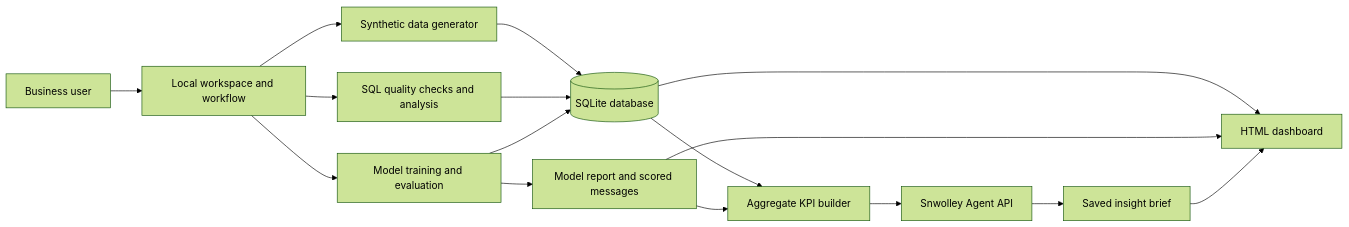
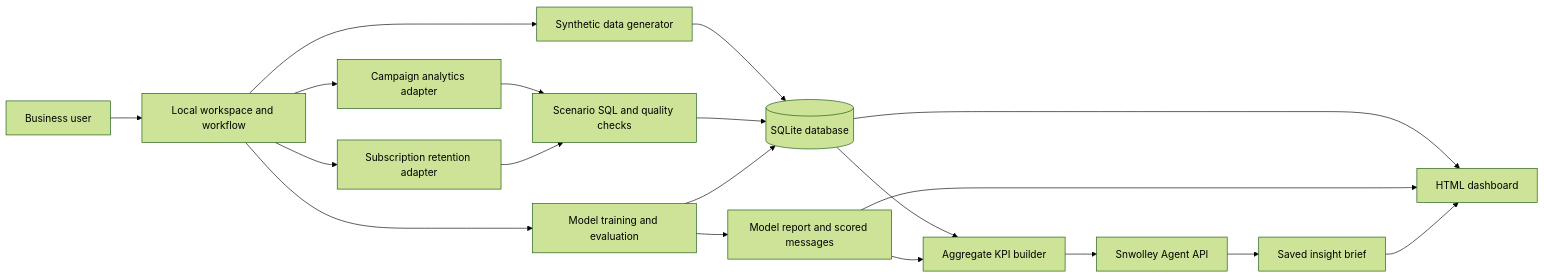
The diagram in ARCHITECTURE.md (tracytettevi/npomtuproject), drawn with Mermaid (forest theme) before and after one commit. The commit also changed other lines of this file and 11 other files, not shown here.

Commit message:
Add selectable customer retention analytics scenario

````diff
--- a/ARCHITECTURE.md
+++ b/ARCHITECTURE.md
@@ -7,18 +7,21 @@
 ```mermaid
 flowchart LR
     U[Business user] --> W[Local workspace and workflow]
     W --> G[Synthetic data generator]
     G --> DB[(SQLite database)]
-    W --> Q[SQL quality checks and analysis]
+    W --> A1[Campaign analytics adapter]
+    W --> A2[Subscription retention adapter]
+    A1 --> Q[Scenario SQL and quality checks]
+    A2 --> Q
     Q --> DB
     W --> M[Model training and evaluation]
     M --> DB
     M --> R[Model report and scored messages]
     DB --> S[Aggregate KPI builder]
     R --> S
     S --> A[Snwolley Agent API]
     A --> I[Saved insight brief]
     DB --> D[HTML dashboard]
     R --> D
     I --> D
 ```
````
